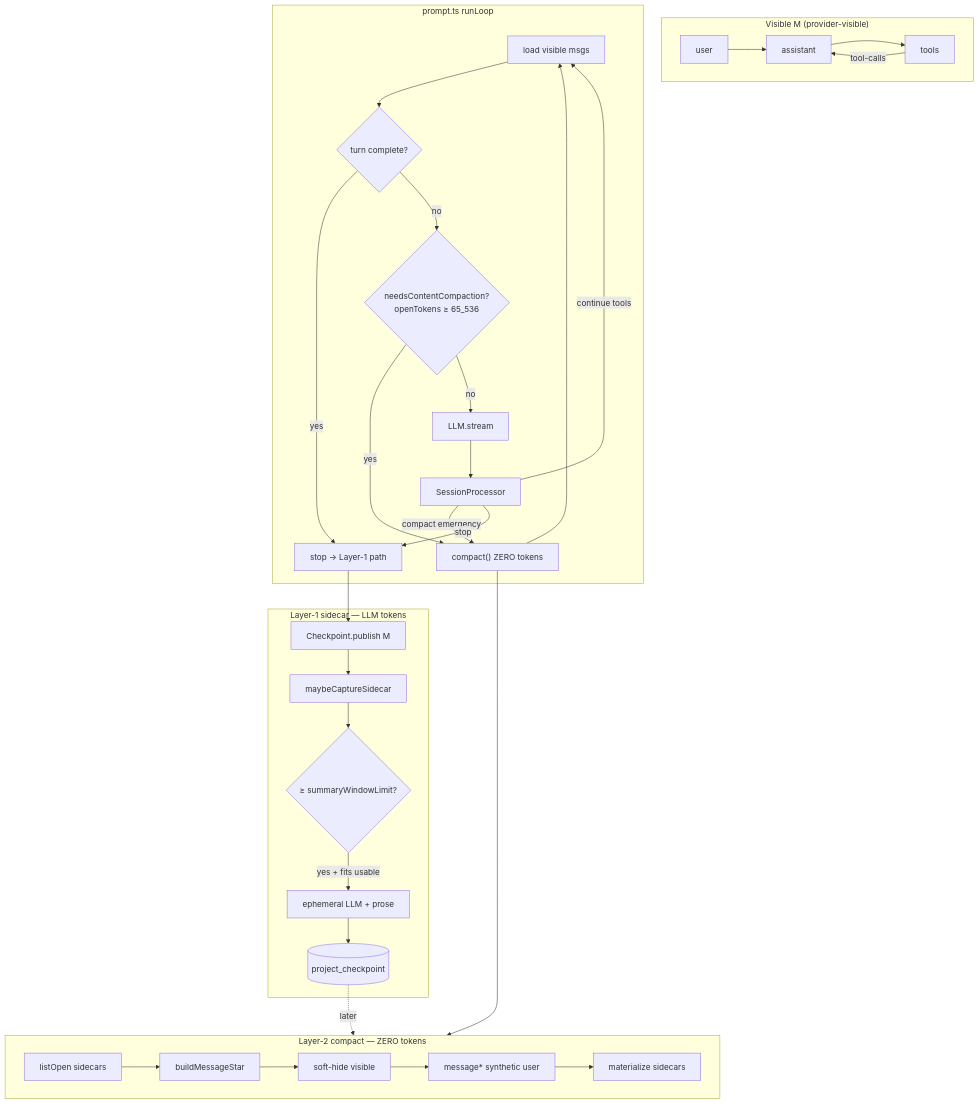
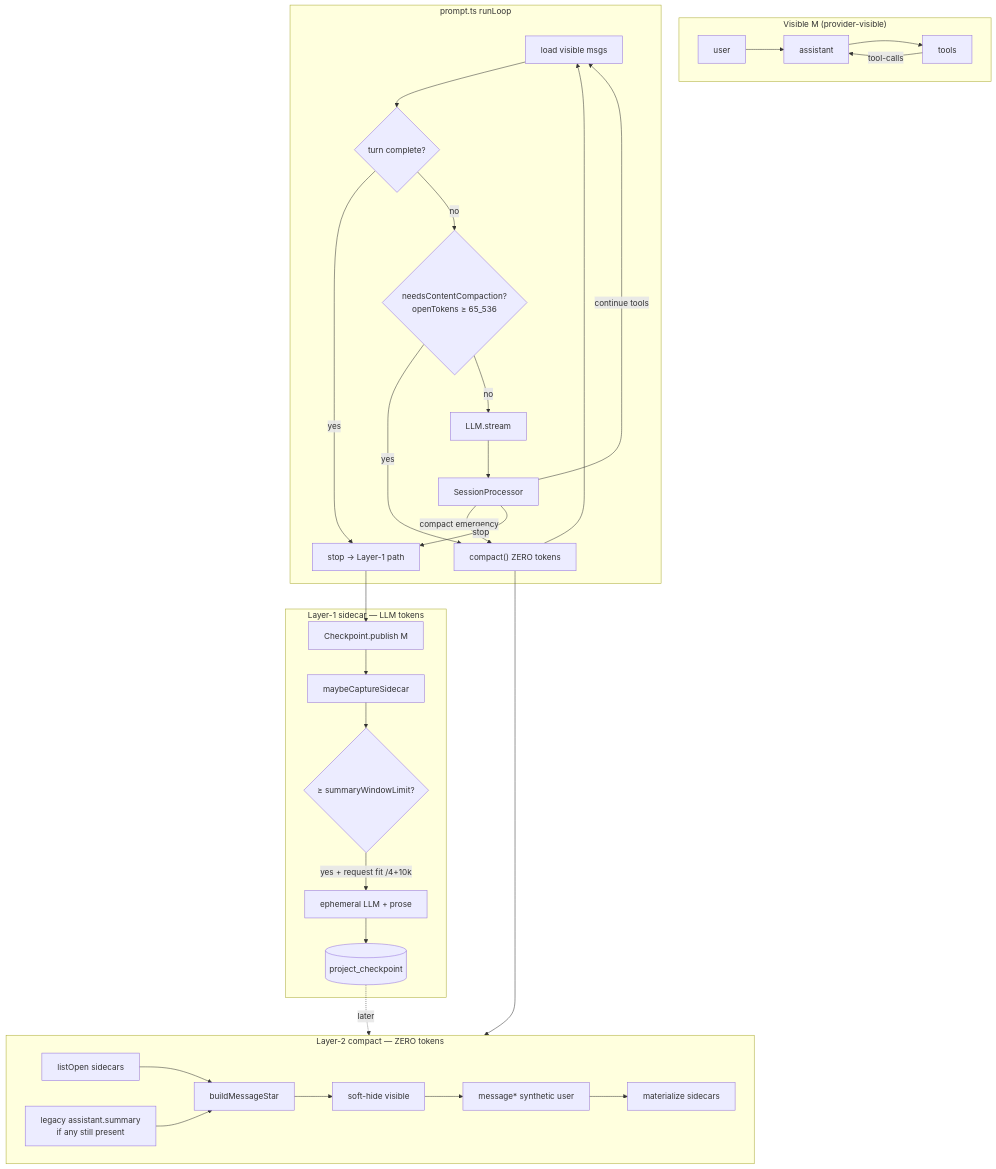
Before and after one commit to AlHeloween/opencode: the first of 4 diagrams in docs/session-memory-graph.md, drawn with Mermaid. The commit also changed other lines of this file and 4 other files, not shown here.

````diff
--- a/docs/session-memory-graph.md
+++ b/docs/session-memory-graph.md
@@ -52,48 +52,51 @@
 ```mermaid
 flowchart TB
   subgraph Visible["Visible M (provider-visible)"]
     U["user"] --> A["assistant"] --> T["tools"]
     T -->|tool-calls| A
   end
 
   subgraph Loop["prompt.ts runLoop"]
     LOAD["load visible msgs"]
     EXIT{"turn complete?"}
     CADENCE{"needsContentCompaction?\nopenTokens ≥ 65_536"}
     LLM["LLM.stream"]
     PROC["SessionProcessor"]
     LOAD --> EXIT
     EXIT -->|yes| STOP["stop → Layer-1 path"]
     EXIT -->|no| CADENCE
     CADENCE -->|yes| C0["compact() ZERO tokens"]
     C0 --> LOAD
     CADENCE -->|no| LLM --> PROC
   end
 
   PROC -->|continue tools| LOAD
   PROC -->|compact emergency| C0
   PROC -->|stop| STOP
 
   subgraph L1["Layer-1 sidecar — LLM tokens"]
     CK["Checkpoint.publish M"]
     SC["maybeCaptureSidecar"]
     CK --> SC
     SC --> SWL{"≥ summaryWindowLimit?"}
-    SWL -->|yes + fits usable| EP["ephemeral LLM + prose"]
+    SWL -->|yes + request fit /4+10k| EP["ephemeral LLM + prose"]
     EP --> PC[("project_checkpoint")]
   end
 
   STOP --> CK
 
   subgraph L2["Layer-2 compact — ZERO tokens"]
     SID["listOpen sidecars"]
+    LEG["legacy assistant.summary\nif any still present"]
     STAR["buildMessageStar"]
     HIDE["soft-hide visible"]
     MS["message* synthetic user"]
     MAT["materialize sidecars"]
-    SID --> STAR --> HIDE --> MS --> MAT
+    SID --> STAR
+    LEG --> STAR
+    STAR --> HIDE --> MS --> MAT
   end
 
   C0 --> L2
   PC -.->|later| L2
 ```
````
